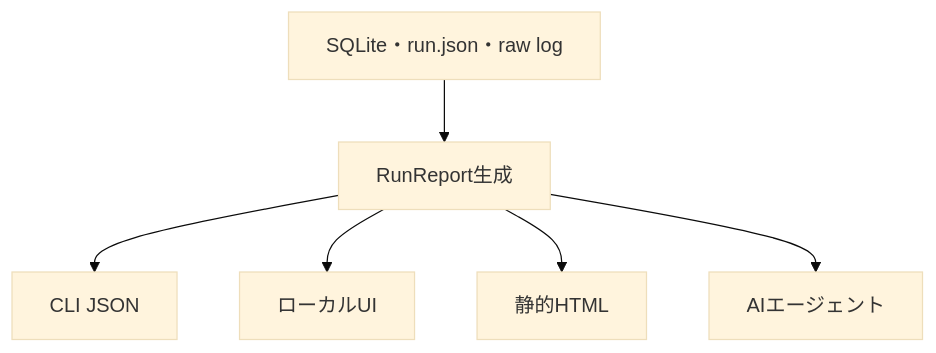
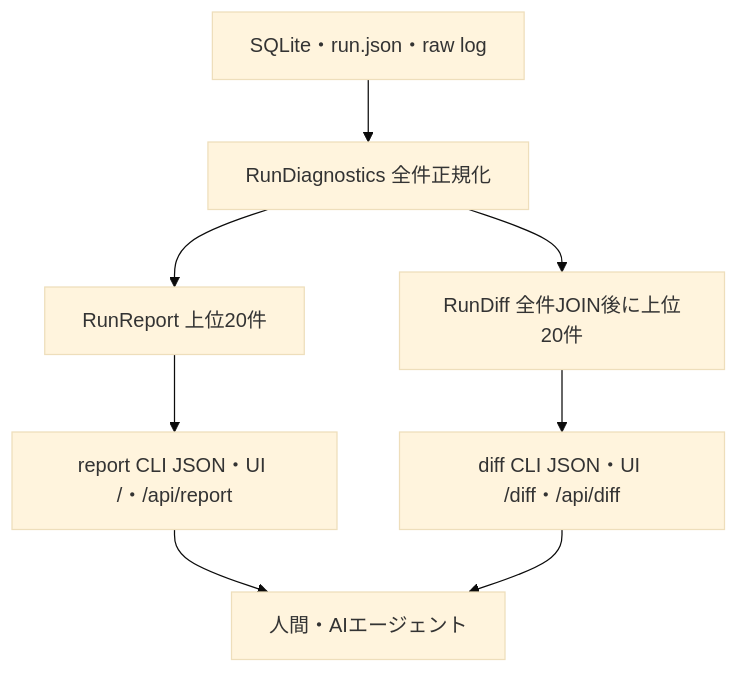
Before and after one commit to mnaog/isuscope: the diagram in docs/report-architecture.md, drawn with Mermaid (base theme). The commit also changed other lines of this file and 45 other files, not shown here.

````diff
--- a/docs/report-architecture.md
+++ b/docs/report-architecture.md
@@ -5,8 +5,10 @@
 ```mermaid
 flowchart TD
-    A["SQLite・run.json・raw log"] --> B["RunReport生成"]
-    B --> C["CLI JSON"]
-    B --> D["ローカルUI"]
-    B --> E["静的HTML"]
-    B --> F["AIエージェント"]
+    A["SQLite・run.json・raw log"] --> B["RunDiagnostics 全件正規化"]
+    B --> C["RunReport 上位20件"]
+    B --> D["RunDiff 全件JOIN後に上位20件"]
+    C --> E["report CLI JSON・UI /・/api/report"]
+    D --> F["diff CLI JSON・UI /diff・/api/diff"]
+    E --> G["人間・AIエージェント"]
+    F --> G
 ```
````
